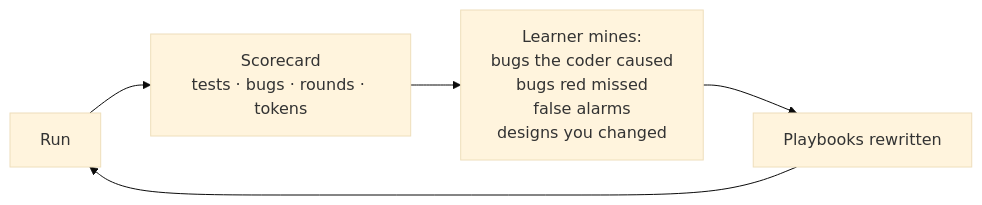
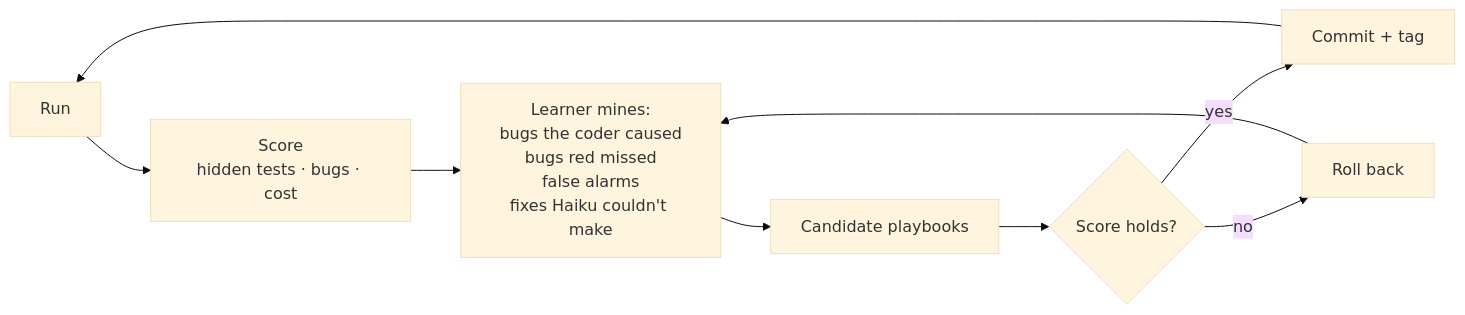
Before and after one commit to M-SriVidya/mudbloods: the third of 4 diagrams in README.md, drawn with Mermaid (base theme). The commit also changed other lines of this file and 1 other file, not shown here.

First line of the commit message:
docs(readme): highlights, 2-minute judge check, gated learning diagram

````diff
--- a/README.md
+++ b/README.md
@@ -195,7 +219,11 @@
 ```mermaid
 flowchart LR
-    R[Run] --> S[Scorecard<br/>tests · bugs · rounds · tokens]
-    S --> L[Learner mines:<br/>bugs the coder caused<br/>bugs red missed<br/>false alarms<br/>designs you changed]
-    L --> P[Playbooks rewritten]
-    P --> R
+    R[Run] --> S[Score<br/>hidden tests · bugs · cost]
+    S --> L[Learner mines:<br/>bugs the coder caused<br/>bugs red missed<br/>false alarms<br/>fixes Haiku couldn't make]
+    L --> P[Candidate playbooks]
+    P --> G{Score holds?}
+    G -- yes --> K[Commit + tag]
+    G -- no --> X[Roll back]
+    K --> R
+    X --> L
 ```
````
